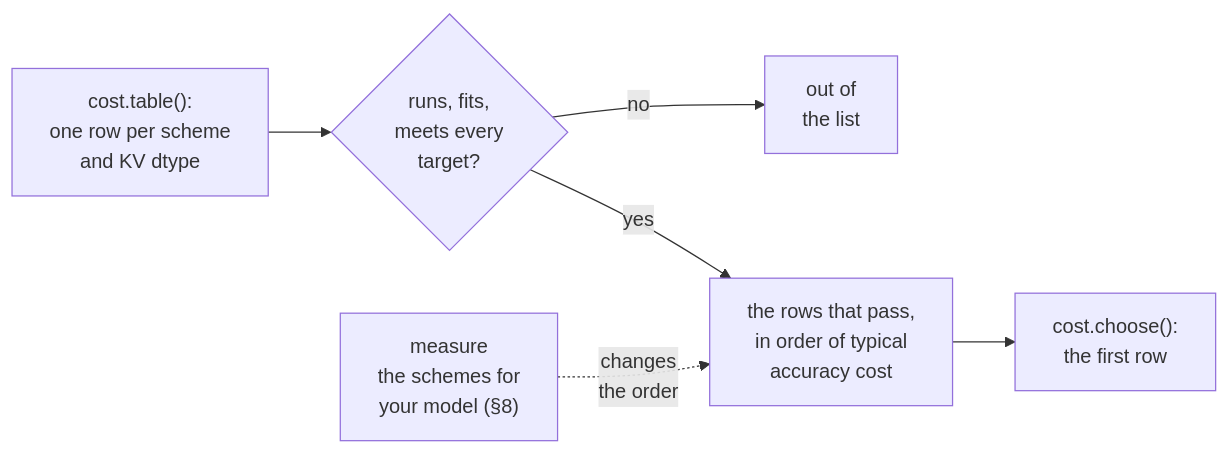
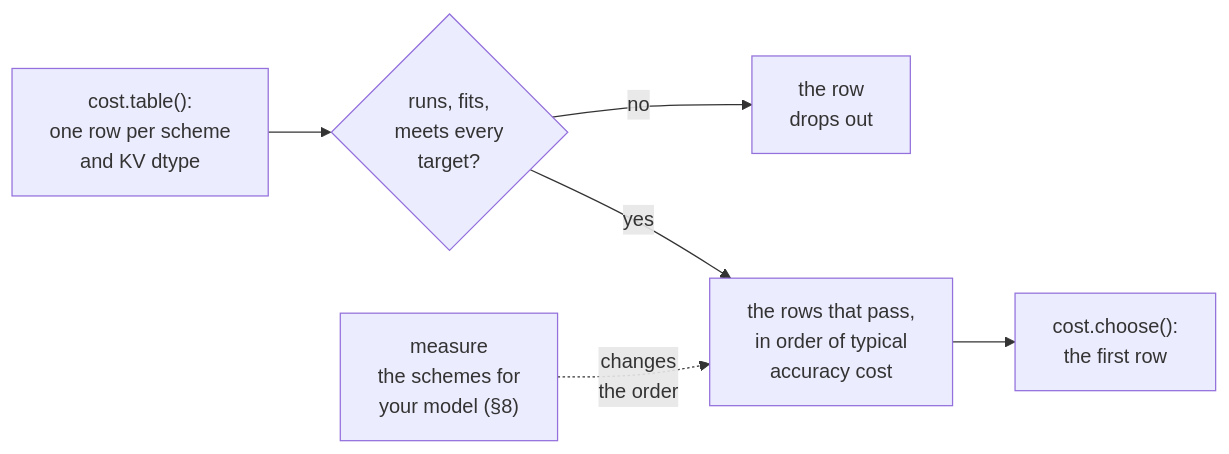
One commit to aniryou/full-stack-agentic-engineer changed the third of 3 diagrams in 04-inference-engine/quantization/PRIMER.md. Above: the diagram before and after it, drawn with Mermaid. The commit also changed other lines of this file and 38 other files, not shown here.

First line of the commit message:
WIP snapshot: the figure round (charts, improvements, additions) in progress (2026-10-30T18:02:33Z); not validated [skip ci]

````diff
--- a/04-inference-engine/quantization/PRIMER.md
+++ b/04-inference-engine/quantization/PRIMER.md
@@ -887,8 +887,8 @@
 ```mermaid
 flowchart LR
   T["cost.table():<br/>one row per scheme<br/>and KV dtype"] --> A{"runs, fits,<br/>meets every<br/>target?"}
-  A -->|"no"| X["out of<br/>the list"]
+  A -->|"no"| X["the row<br/>drops out"]
   A -->|"yes"| O["the rows that pass,<br/>in order of typical<br/>accuracy cost"]
   M["measure<br/>the schemes for<br/>your model (§8)"] -.->|"changes<br/>the order"| O
   O --> C["cost.choose():<br/>the first row"]
 ```
````
